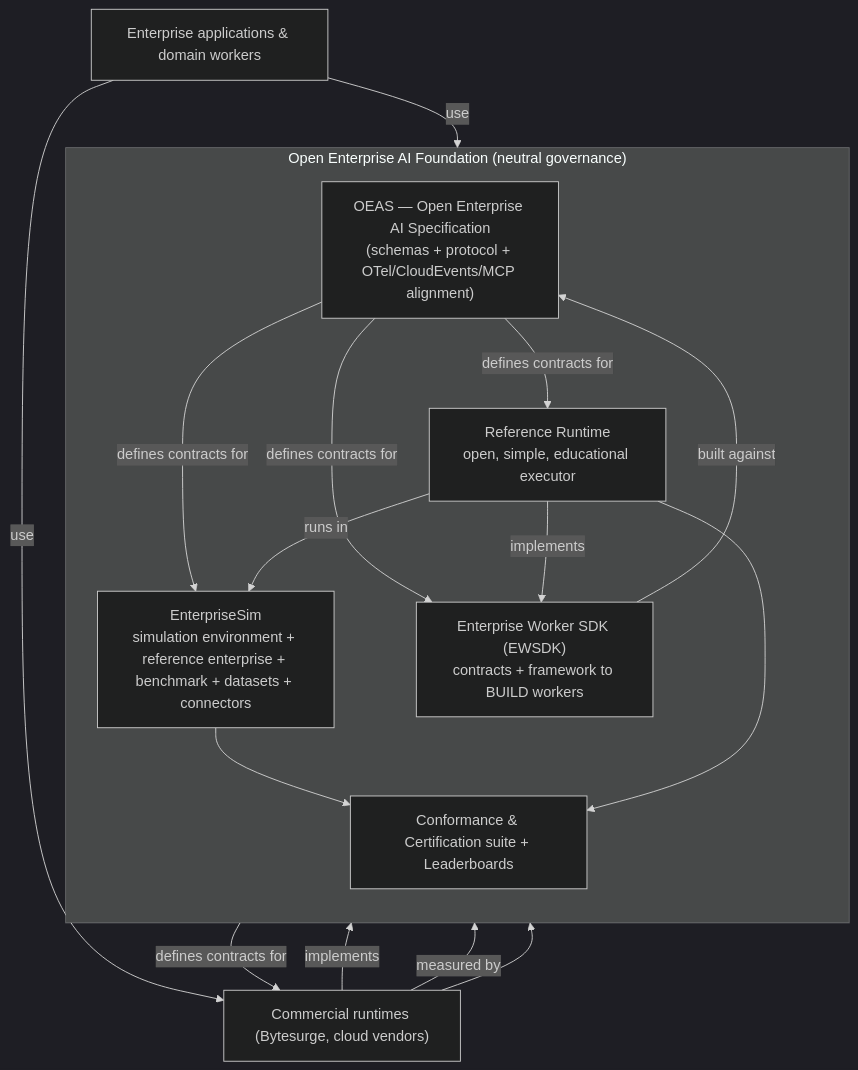
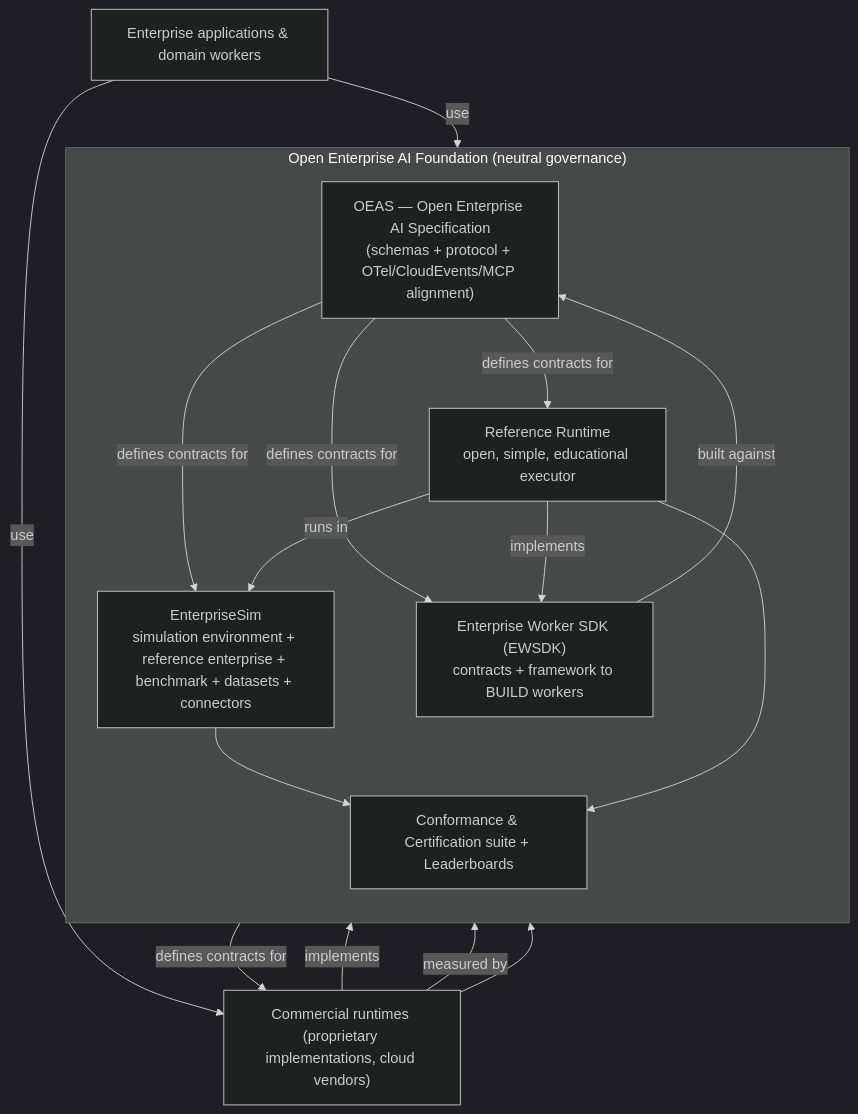
The first of 2 diagrams in ecosystem/ENTERPRISE_AI_ECOSYSTEM.md (aswinjames/EnterpriseSim), drawn with Mermaid (dark theme) before and after one commit. The commit also changed other lines of this file and 34 other files, not shown here.

````diff
--- a/ecosystem/ENTERPRISE_AI_ECOSYSTEM.md
+++ b/ecosystem/ENTERPRISE_AI_ECOSYSTEM.md
@@ -34,23 +34,23 @@
 ```mermaid
 flowchart TB
     subgraph OEAF["Open Enterprise AI Foundation (neutral governance)"]
         direction TB
         OEAS["OEAS — Open Enterprise AI Specification<br/>(schemas + protocol + OTel/CloudEvents/MCP alignment)"]
         SIM["EnterpriseSim<br/>simulation environment + reference enterprise + benchmark + datasets + connectors"]
         SDK["Enterprise Worker SDK (EWSDK)<br/>contracts + framework to BUILD workers"]
         RR["Reference Runtime<br/>open, simple, educational executor"]
         CONF["Conformance & Certification suite + Leaderboards"]
     end
-    COMM["Commercial runtimes (Bytesurge, cloud vendors)"]
+    COMM["Commercial runtimes (proprietary implementations, cloud vendors)"]
     APPS["Enterprise applications & domain workers"]
 
     OEAS -->|defines contracts for| SIM & SDK & RR & COMM
     SDK -->|built against| OEAS
     RR -->|implements| SDK
     RR -->|runs in| SIM
     COMM -->|implements| SDK
     COMM -->|measured by| SIM
     SIM --> CONF
     COMM & RR --> CONF
     APPS -->|use| SDK & COMM
 ```
````
